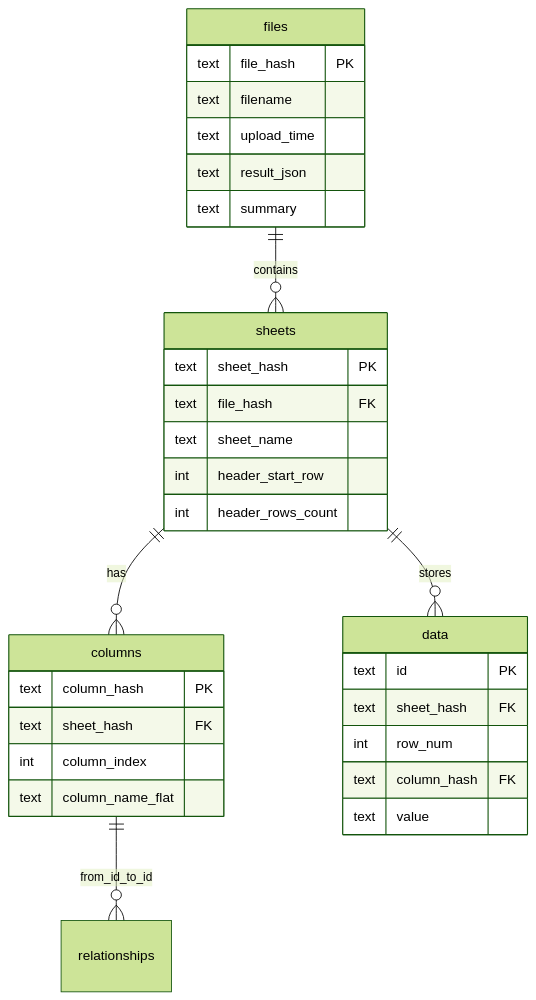
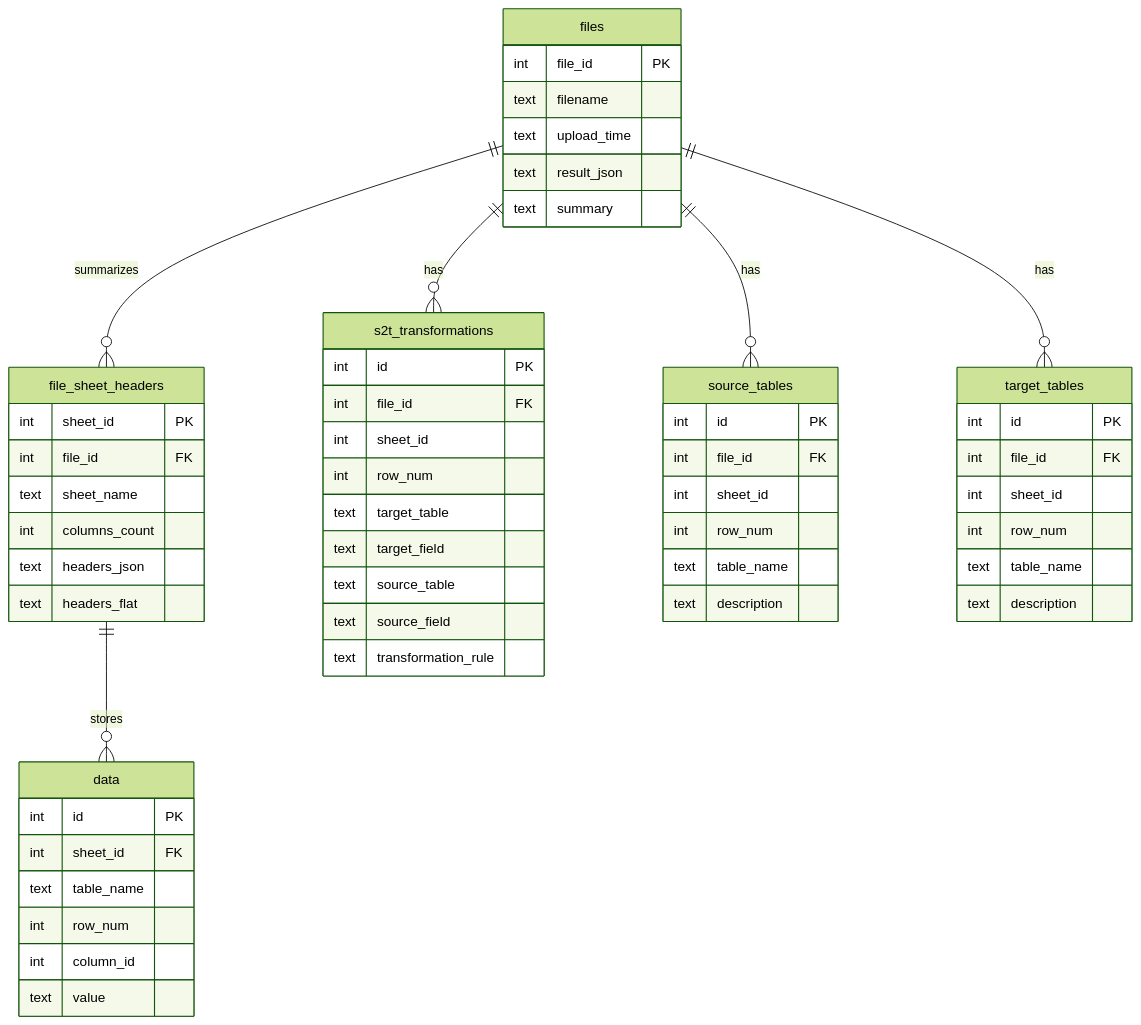
The third of 4 diagrams in README.md (Sasyami/ETL-S2T-Parser), drawn with Mermaid (forest theme) before and after one commit. The commit also changed other lines of this file and 92 other files, not shown here.

````diff
--- a/README.md
+++ b/README.md
@@ -105,34 +107,58 @@
 ```mermaid
 erDiagram
-  files ||--o{ sheets : contains
-  sheets ||--o{ columns : has
-  sheets ||--o{ data : stores
-  columns ||--o{ relationships : from_id_to_id
+  files ||--o{ file_sheet_headers : summarizes
+  file_sheet_headers ||--o{ data : stores
+  files ||--o{ s2t_transformations : has
+  files ||--o{ source_tables : has
+  files ||--o{ target_tables : has
   files {
-    text file_hash PK
+    int file_id PK
     text filename
     text upload_time
     text result_json
     text summary
   }
-  sheets {
-    text sheet_hash PK
-    text file_hash FK
-    text sheet_name
-    int header_start_row
-    int header_rows_count
-  }
-  columns {
-    text column_hash PK
-    text sheet_hash FK
-    int column_index
-    text column_name_flat
-  }
   data {
-    text id PK
-    text sheet_hash FK
+    int id PK
+    int sheet_id FK
+    text table_name
     int row_num
-    text column_hash FK
+    int column_id
     text value
   }
+  file_sheet_headers {
+    int sheet_id PK
+    int file_id FK
+    text sheet_name
+    int columns_count
+    text headers_json
+    text headers_flat
+  }
+  s2t_transformations {
+    int id PK
+    int file_id FK
+    int sheet_id
+    int row_num
+    text target_table
+    text target_field
+    text source_table
+    text source_field
+    text transformation_rule
+  }
+  source_tables {
+    int id PK
+    int file_id FK
+    int sheet_id
+    int row_num
+    text table_name
+    text description
+  }
+  target_tables {
+    int id PK
+    int file_id FK
+    int sheet_id
+    int row_num
+    text table_name
+    text description
+  }
 ```
````
